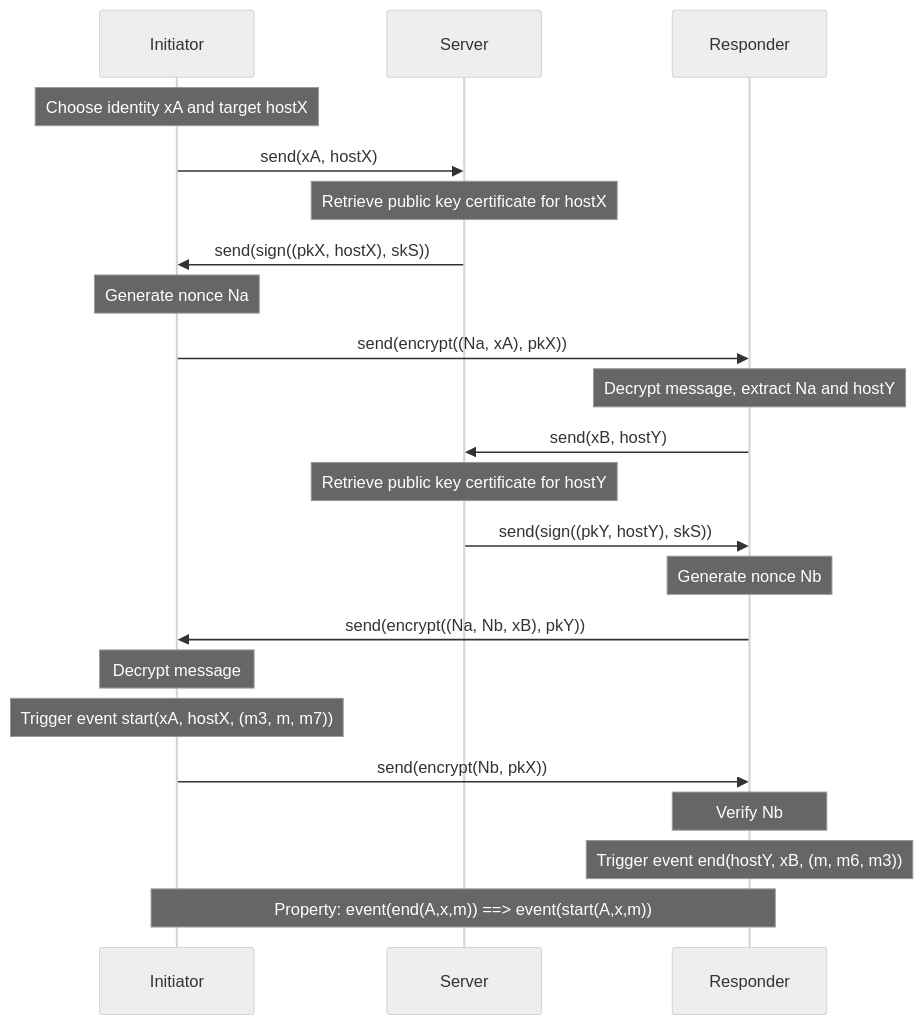
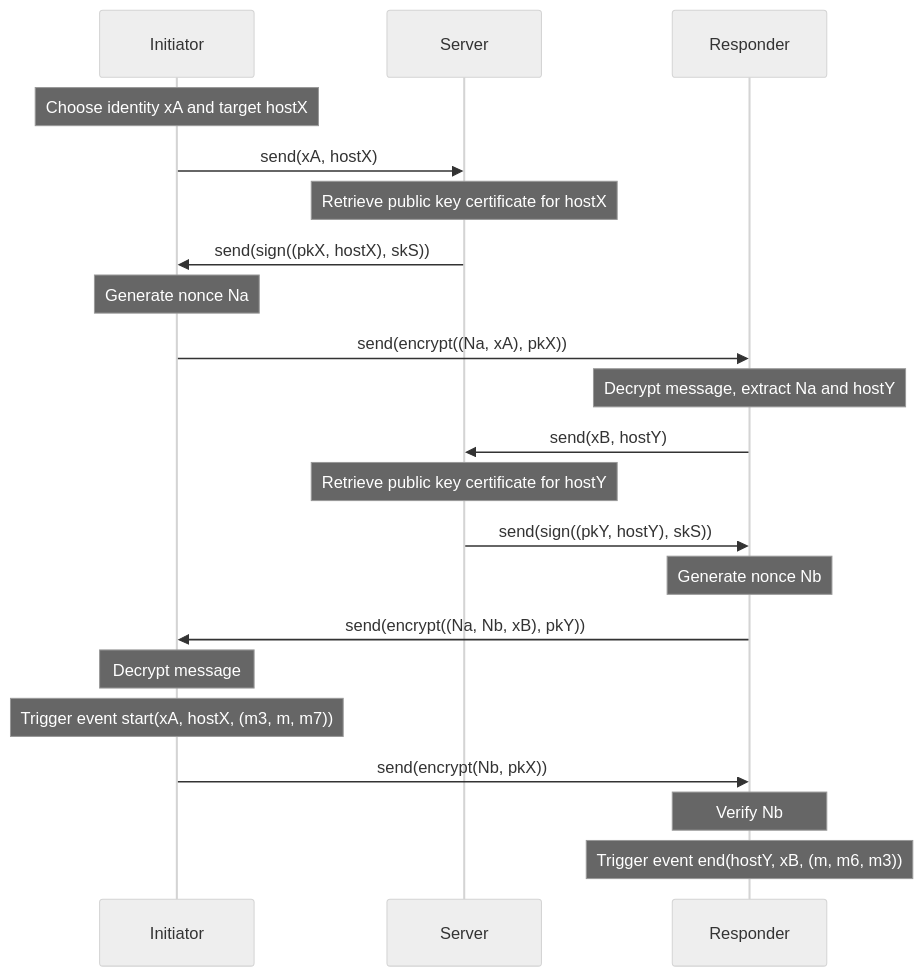
The diagram in SecurityProperties/Authentication/Non-injectiveAgreement/Non-injectiveAgreement.md (leonardtudorache/An-Executable-Taxonomy-of-Security-Properties-for-ProVerif-and-Tamarin), drawn with Mermaid (neutral theme) before and after one commit. The commit also changed 13 other files, not shown here.

Commit message:
Update visualizations and check diagrams

````diff
--- a/SecurityProperties/Authentication/Non-injectiveAgreement/Non-injectiveAgreement.md
+++ b/SecurityProperties/Authentication/Non-injectiveAgreement/Non-injectiveAgreement.md
@@ -1,33 +1,31 @@
 ```mermaid
 sequenceDiagram
     participant Initiator
     participant Server
     participant Responder
 
     Note over Initiator: Choose identity xA and target hostX
     Initiator->>Server: send(xA, hostX)
 
     Note over Server: Retrieve public key certificate for hostX
     Server->>Initiator: send(sign((pkX, hostX), skS))
 
     Note over Initiator: Generate nonce Na
     Initiator->>Responder: send(encrypt((Na, xA), pkX))
 
     Note over Responder: Decrypt message, extract Na and hostY
     Responder->>Server: send(xB, hostY)
 
     Note over Server: Retrieve public key certificate for hostY
     Server->>Responder: send(sign((pkY, hostY), skS))
 
     Note over Responder: Generate nonce Nb
     Responder->>Initiator: send(encrypt((Na, Nb, xB), pkY))
 
     Note over Initiator: Decrypt message
     Note over Initiator: Trigger event start(xA, hostX, (m3, m, m7))
     Initiator->>Responder: send(encrypt(Nb, pkX))
 
     Note over Responder: Verify Nb
     Note over Responder: Trigger event end(hostY, xB, (m, m6, m3))
-
-    Note over Initiator, Responder: Property: event(end(A,x,m)) ==> event(start(A,x,m))
 ```
````
